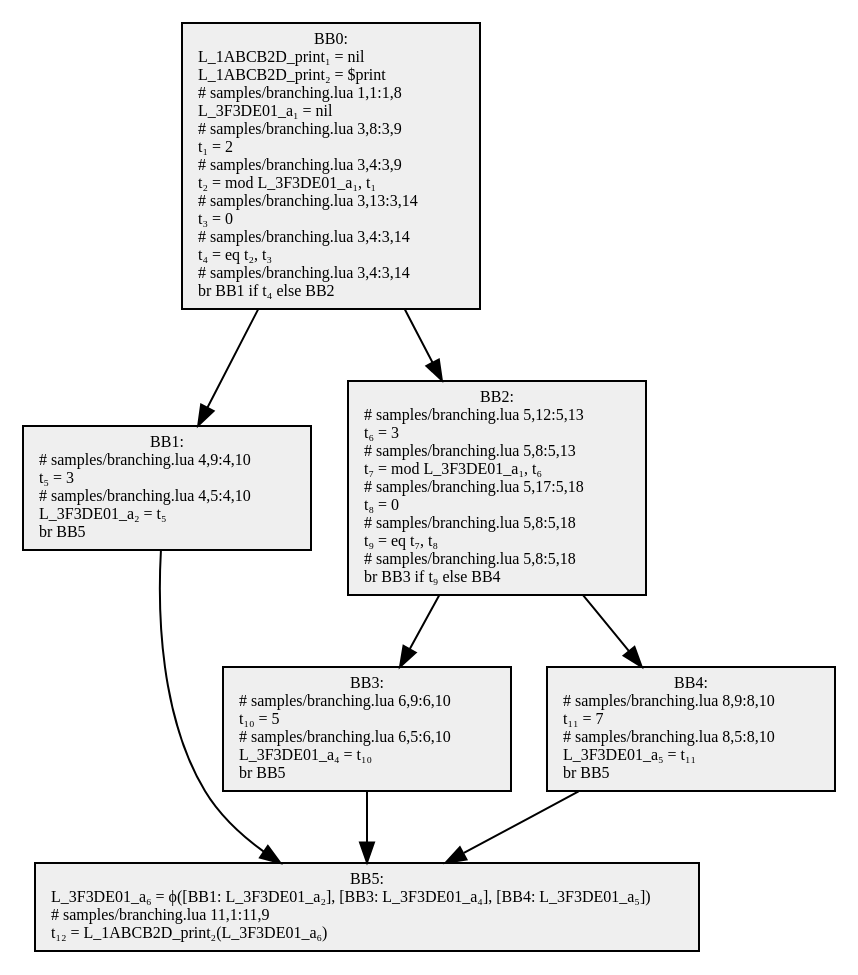
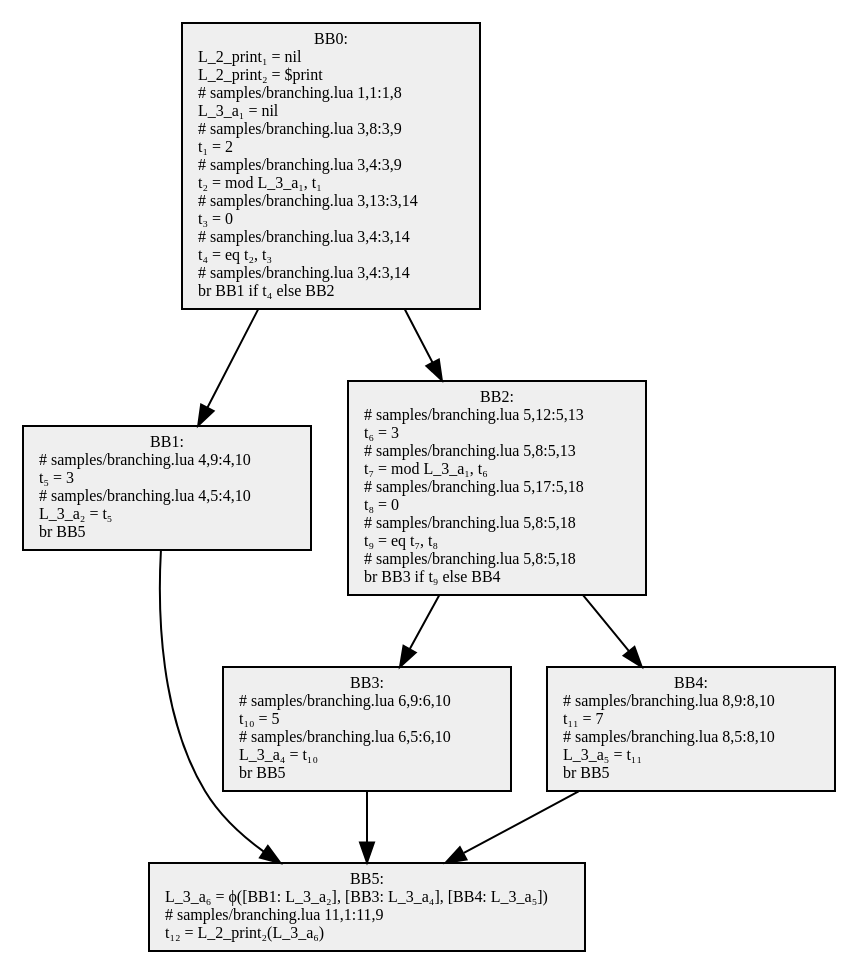
Before and after one commit to GGG-KILLER/SimpleCompiler: the diagram in src/SimpleCompiler.Cli/samples/obj/branching.1.dot, drawn with Graphviz. The commit also changed 27 other files, not shown here.

```diff
--- a/src/SimpleCompiler.Cli/samples/obj/branching.1.dot
+++ b/src/SimpleCompiler.Cli/samples/obj/branching.1.dot
@@ -1,17 +1,17 @@
 digraph {
   node[shape=box style=filled fontsize=8 fontname="Cascadia Code" fillcolor="#efefef"];
-  BB0 [label="BB0:\nL_1ABCB2D_print₁ = nil\lL_1ABCB2D_print₂ = $print\l# samples/branching.lua 1,1:1,8\lL_3F3DE01_a₁ = nil\l# samples/branching.lua 3,8:3,9\lt₁ = 2\l# samples/branching.lua 3,4:3,9\lt₂ = mod L_3F3DE01_a₁, t₁\l# samples/branching.lua 3,13:3,14\lt₃ = 0\l# samples/branching.lua 3,4:3,14\lt₄ = eq t₂, t₃\l# samples/branching.lua 3,4:3,14\lbr BB1 if t₄ else BB2\l"];
-  BB1 [label="BB1:\n# samples/branching.lua 4,9:4,10\lt₅ = 3\l# samples/branching.lua 4,5:4,10\lL_3F3DE01_a₂ = t₅\lbr BB5\l"];
-  BB2 [label="BB2:\n# samples/branching.lua 5,12:5,13\lt₆ = 3\l# samples/branching.lua 5,8:5,13\lt₇ = mod L_3F3DE01_a₁, t₆\l# samples/branching.lua 5,17:5,18\lt₈ = 0\l# samples/branching.lua 5,8:5,18\lt₉ = eq t₇, t₈\l# samples/branching.lua 5,8:5,18\lbr BB3 if t₉ else BB4\l"];
-  BB3 [label="BB3:\n# samples/branching.lua 6,9:6,10\lt₁₀ = 5\l# samples/branching.lua 6,5:6,10\lL_3F3DE01_a₄ = t₁₀\lbr BB5\l"];
-  BB4 [label="BB4:\n# samples/branching.lua 8,9:8,10\lt₁₁ = 7\l# samples/branching.lua 8,5:8,10\lL_3F3DE01_a₅ = t₁₁\lbr BB5\l"];
-  BB5 [label="BB5:\nL_3F3DE01_a₆ = ϕ([BB1: L_3F3DE01_a₂], [BB3: L_3F3DE01_a₄], [BB4: L_3F3DE01_a₅])\l# samples/branching.lua 11,1:11,9\lt₁₂ = L_1ABCB2D_print₂(L_3F3DE01_a₆)\l"];
+  BB0 [label="BB0:\nL_2_print₁ = nil\lL_2_print₂ = $print\l# samples/branching.lua 1,1:1,8\lL_3_a₁ = nil\l# samples/branching.lua 3,8:3,9\lt₁ = 2\l# samples/branching.lua 3,4:3,9\lt₂ = mod L_3_a₁, t₁\l# samples/branching.lua 3,13:3,14\lt₃ = 0\l# samples/branching.lua 3,4:3,14\lt₄ = eq t₂, t₃\l# samples/branching.lua 3,4:3,14\lbr BB1 if t₄ else BB2\l"];
+  BB1 [label="BB1:\n# samples/branching.lua 4,9:4,10\lt₅ = 3\l# samples/branching.lua 4,5:4,10\lL_3_a₂ = t₅\lbr BB5\l"];
+  BB2 [label="BB2:\n# samples/branching.lua 5,12:5,13\lt₆ = 3\l# samples/branching.lua 5,8:5,13\lt₇ = mod L_3_a₁, t₆\l# samples/branching.lua 5,17:5,18\lt₈ = 0\l# samples/branching.lua 5,8:5,18\lt₉ = eq t₇, t₈\l# samples/branching.lua 5,8:5,18\lbr BB3 if t₉ else BB4\l"];
+  BB3 [label="BB3:\n# samples/branching.lua 6,9:6,10\lt₁₀ = 5\l# samples/branching.lua 6,5:6,10\lL_3_a₄ = t₁₀\lbr BB5\l"];
+  BB4 [label="BB4:\n# samples/branching.lua 8,9:8,10\lt₁₁ = 7\l# samples/branching.lua 8,5:8,10\lL_3_a₅ = t₁₁\lbr BB5\l"];
+  BB5 [label="BB5:\nL_3_a₆ = ϕ([BB1: L_3_a₂], [BB3: L_3_a₄], [BB4: L_3_a₅])\l# samples/branching.lua 11,1:11,9\lt₁₂ = L_2_print₂(L_3_a₆)\l"];
 
   BB0 -> BB1;
   BB0 -> BB2;
   BB2 -> BB3;
   BB2 -> BB4;
   BB1 -> BB5;
   BB3 -> BB5;
   BB4 -> BB5;
 }
```
